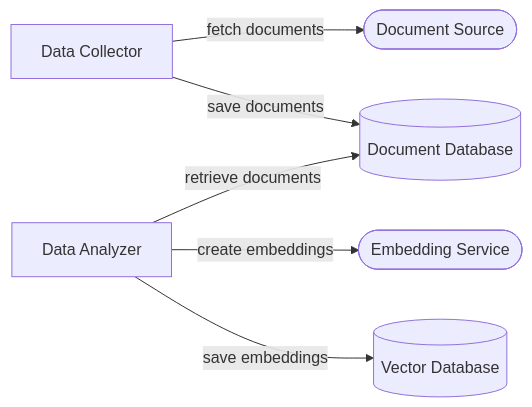
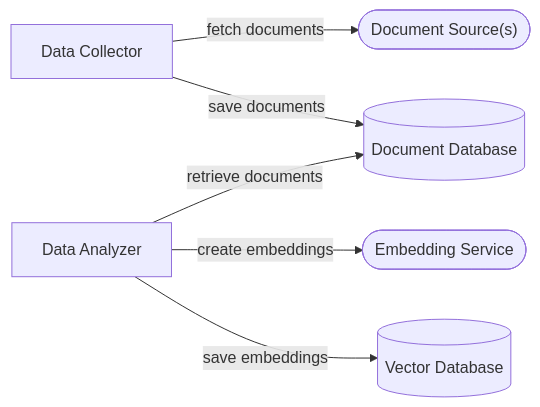
Before and after one commit to initialcapacity/news-analyzer: the second of 3 diagrams in README.md, drawn with Mermaid. The commit also changed other lines of this file, not shown here.

Commit message:
Add document source to the data collector diagram

````diff
--- a/README.md
+++ b/README.md
@@ -37,15 +45,15 @@
 ```mermaid
 flowchart LR
     embeddings([Embedding Service])
-    docs([Document Source])
+    docs(["Document Source(s)"])
     vdb[(Vector Database)]
     db[(Document Database)]
     collector[Data Collector]
     analyzer[Data Analyzer]
     
     collector -- fetch documents --> docs
     collector -- save documents --> db
     analyzer -- retrieve documents --> db
     analyzer -- create embeddings --> embeddings
     analyzer -- save embeddings --> vdb
 ```
````
